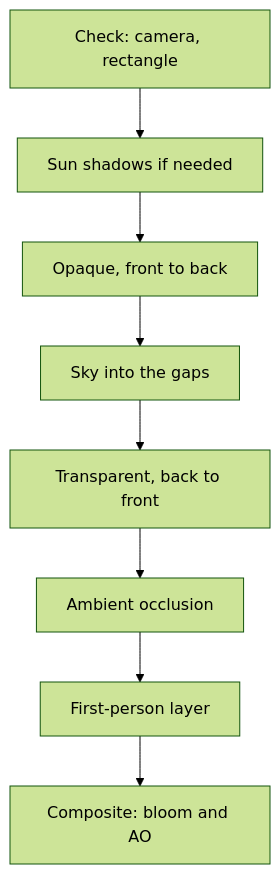
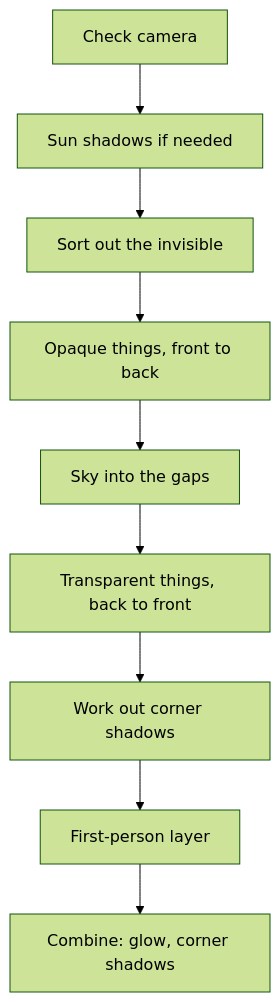
The diagram in kern/docs/book-green/04-graphics.md (ChristianHohlfeld/kernengine.de), drawn with Mermaid (forest theme) before and after one commit. The commit also changed other lines of this file and 22 other files, not shown here.

````diff
--- a/kern/docs/book-green/04-graphics.md
+++ b/kern/docs/book-green/04-graphics.md
@@ -308,10 +323,12 @@
 ```mermaid
+%% Caption: The painting passes of a frame in their fixed order
 flowchart TD
-  A["Check: camera, rectangle"] --> B["Sun shadows if needed"]
-  B --> C["Opaque, front to back"]
+  A["Check camera"] --> B["Sun shadows if needed"]
+  B --> S["Sort out the invisible"]
+  S --> C["Opaque things, front to back"]
   C --> D["Sky into the gaps"]
-  D --> E["Transparent, back to front"]
-  E --> F["Ambient occlusion"]
+  D --> E["Transparent things, back to front"]
+  E --> F["Work out corner shadows"]
   F --> G["First-person layer"]
-  G --> H["Composite: bloom and AO"]
+  G --> H["Combine: glow, corner shadows"]
 ```
````
